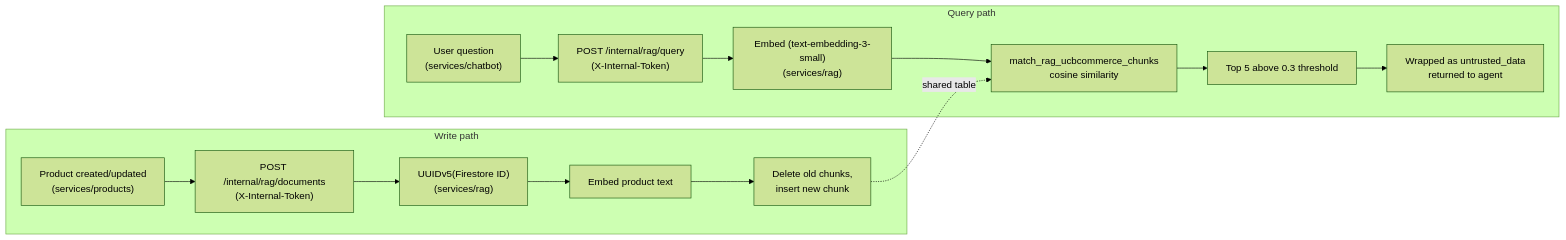
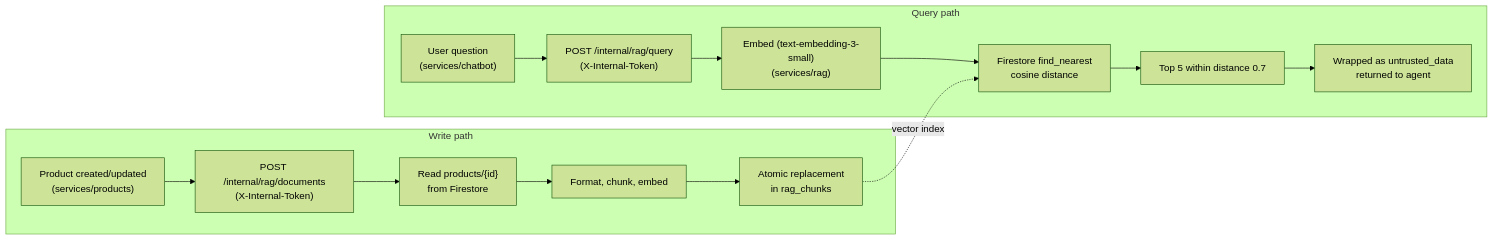
Before and after one commit to ChristianMendozaa/UCB-e-commerce: the fourth of 4 diagrams in README.md, drawn with Mermaid (forest theme). The commit also changed other lines of this file and 27 other files, not shown here.

Commit message:
Migrate RAG vector storage to Firestore

````diff
--- a/README.md
+++ b/README.md
@@ -212,17 +211,17 @@
 ```mermaid
 graph LR
     subgraph Write path
         PW["Product created/updated\n(services/products)"] --> POST["POST /internal/rag/documents\n(X-Internal-Token)"]
-        POST --> UUID["UUIDv5(Firestore ID)\n(services/rag)"]
-        UUID --> EMB1[Embed product text]
-        EMB1 --> UP[Delete old chunks,\ninsert new chunk]
+        POST --> READ["Read products/{id}\nfrom Firestore"]
+        READ --> EMB1[Format, chunk, embed]
+        EMB1 --> UP["Atomic replacement\nin rag_chunks"]
     end
     subgraph Query path
         Q["User question\n(services/chatbot)"] --> QPOST["POST /internal/rag/query\n(X-Internal-Token)"]
         QPOST --> EMB2["Embed (text-embedding-3-small)\n(services/rag)"]
-        EMB2 --> RPC[match_rag_ucbcommerce_chunks\ncosine similarity]
-        RPC --> TOP[Top 5 above 0.3 threshold]
+        EMB2 --> RPC[Firestore find_nearest\ncosine distance]
+        RPC --> TOP[Top 5 within distance 0.7]
         TOP --> WRAP[Wrapped as untrusted_data\nreturned to agent]
     end
-    UP -.->|shared table| RPC
+    UP -.->|vector index| RPC
 ```
````
